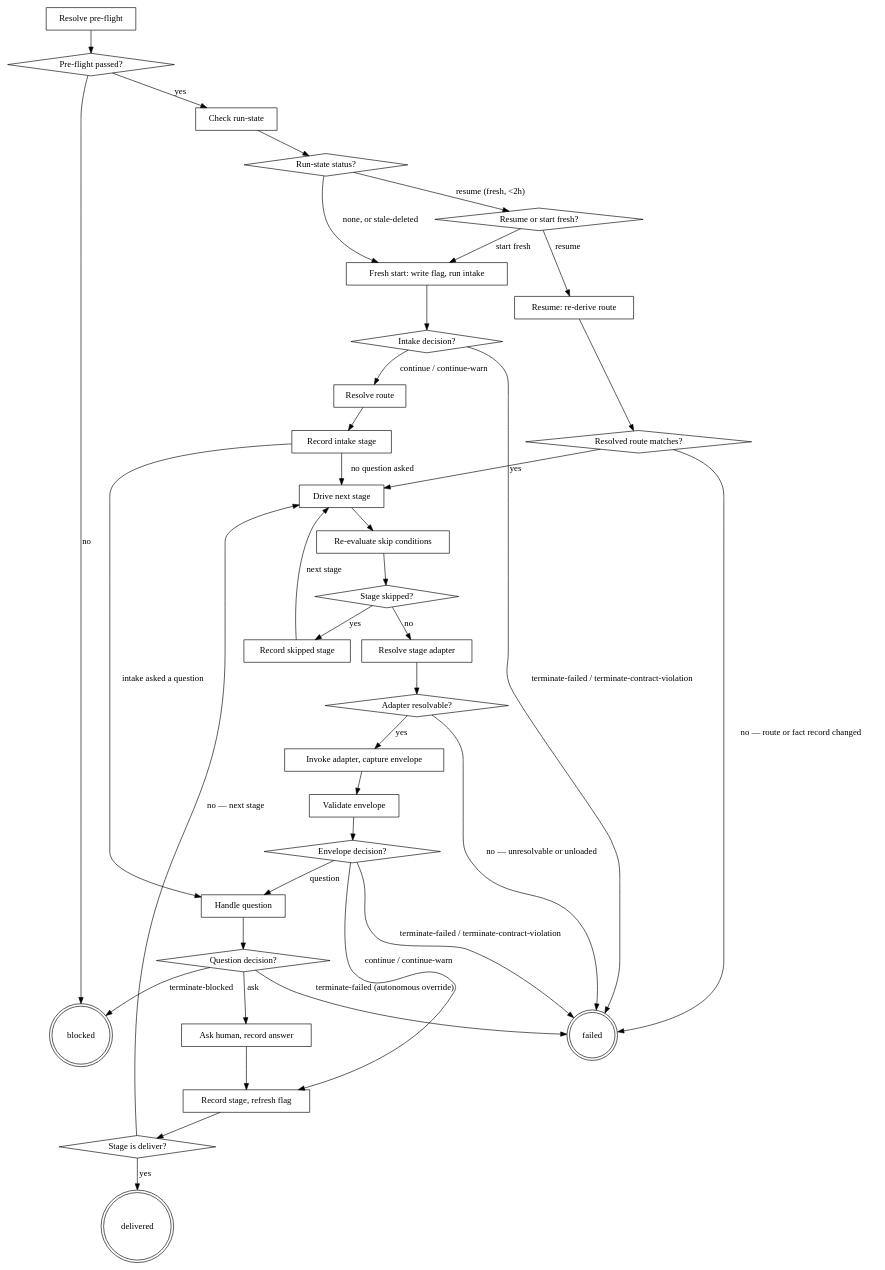
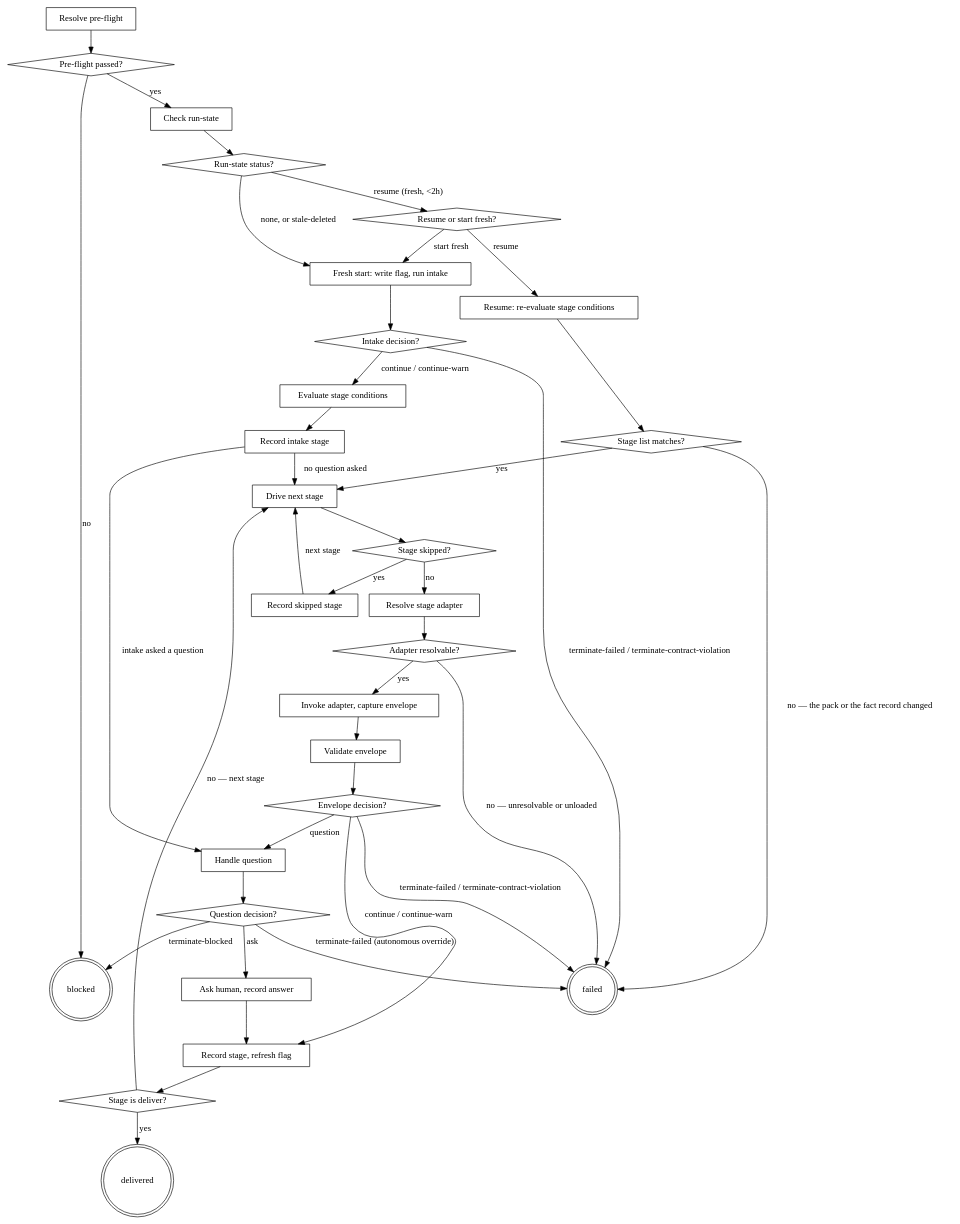
The diagram in plugins/agentic-core/skills/run-route/SKILL.md (agenticDraft/aem-eds-ai-workflow-demo), drawn with Graphviz before and after one commit. The commit also changed other lines of this file and 122 other files, not shown here.

````diff
--- a/plugins/agentic-core/skills/run-route/SKILL.md
+++ b/plugins/agentic-core/skills/run-route/SKILL.md
@@ -130,71 +137,69 @@
 ```dot
 digraph run_route {
     "Resolve pre-flight" [shape=box];
     "Pre-flight passed?" [shape=diamond];
     "Check run-state" [shape=box];
     "Run-state status?" [shape=diamond];
     "Resume or start fresh?" [shape=diamond];
     "Fresh start: write flag, run intake" [shape=box];
     "Intake decision?" [shape=diamond];
-    "Resolve route" [shape=box];
+    "Evaluate stage conditions" [shape=box];
     "Record intake stage" [shape=box];
-    "Resume: re-derive route" [shape=box];
-    "Resolved route matches?" [shape=diamond];
+    "Resume: re-evaluate stage conditions" [shape=box];
+    "Stage list matches?" [shape=diamond];
     "Drive next stage" [shape=box];
-    "Re-evaluate skip conditions" [shape=box];
     "Stage skipped?" [shape=diamond];
     "Record skipped stage" [shape=box];
     "Resolve stage adapter" [shape=box];
     "Adapter resolvable?" [shape=diamond];
     "Invoke adapter, capture envelope" [shape=box];
     "Validate envelope" [shape=box];
     "Envelope decision?" [shape=diamond];
     "Record stage, refresh flag" [shape=box];
     "Stage is deliver?" [shape=diamond];
     "Handle question" [shape=box];
     "Question decision?" [shape=diamond];
     "Ask human, record answer" [shape=box];
     "blocked" [shape=doublecircle];
     "failed" [shape=doublecircle];
     "delivered" [shape=doublecircle];
 
     "Resolve pre-flight" -> "Pre-flight passed?";
     "Pre-flight passed?" -> "blocked" [label="no"];
     "Pre-flight passed?" -> "Check run-state" [label="yes"];
     "Check run-state" -> "Run-state status?";
     "Run-state status?" -> "Resume or start fresh?" [label="resume (fresh, <2h)"];
     "Run-state status?" -> "Fresh start: write flag, run intake" [label="none, or stale-deleted"];
-    "Resume or start fresh?" -> "Resume: re-derive route" [label="resume"];
+    "Resume or start fresh?" -> "Resume: re-evaluate stage conditions" [label="resume"];
     "Resume or start fresh?" -> "Fresh start: write flag, run intake" [label="start fresh"];
     "Fresh start: write flag, run intake" -> "Intake decision?";
     "Intake decision?" -> "failed" [label="terminate-failed / terminate-contract-violation"];
-    "Intake decision?" -> "Resolve route" [label="continue / continue-warn"];
-    "Resolve route" -> "Record intake stage";
+    "Intake decision?" -> "Evaluate stage conditions" [label="continue / continue-warn"];
+    "Evaluate stage conditions" -> "Record intake stage";
     "Record intake stage" -> "Handle question" [label="intake asked a question"];
     "Record intake stage" -> "Drive next stage" [label="no question asked"];
-    "Resume: re-derive route" -> "Resolved route matches?";
-    "Resolved route matches?" -> "failed" [label="no — route or fact record changed"];
-    "Resolved route matches?" -> "Drive next stage" [label="yes"];
-    "Drive next stage" -> "Re-evaluate skip conditions";
-    "Re-evaluate skip conditions" -> "Stage skipped?";
+    "Resume: re-evaluate stage conditions" -> "Stage list matches?";
+    "Stage list matches?" -> "failed" [label="no — the pack or the fact record changed"];
+    "Stage list matches?" -> "Drive next stage" [label="yes"];
+    "Drive next stage" -> "Stage skipped?";
     "Stage skipped?" -> "Record skipped stage" [label="yes"];
     "Stage skipped?" -> "Resolve stage adapter" [label="no"];
     "Record skipped stage" -> "Drive next stage" [label="next stage"];
     "Resolve stage adapter" -> "Adapter resolvable?";
     "Adapter resolvable?" -> "failed" [label="no — unresolvable or unloaded"];
     "Adapter resolvable?" -> "Invoke adapter, capture envelope" [label="yes"];
     "Invoke adapter, capture envelope" -> "Validate envelope";
     "Validate envelope" -> "Envelope decision?";
     "Envelope decision?" -> "Record stage, refresh flag" [label="continue / continue-warn"];
     "Envelope decision?" -> "Handle question" [label="question"];
     "Envelope decision?" -> "failed" [label="terminate-failed / terminate-contract-violation"];
     "Record stage, refresh flag" -> "Stage is deliver?";
     "Stage is deliver?" -> "delivered" [label="yes"];
     "Stage is deliver?" -> "Drive next stage" [label="no — next stage"];
     "Handle question" -> "Question decision?";
     "Question decision?" -> "Ask human, record answer" [label="ask"];
     "Question decision?" -> "blocked" [label="terminate-blocked"];
     "Question decision?" -> "failed" [label="terminate-failed (autonomous override)"];
     "Ask human, record answer" -> "Record stage, refresh flag";
 }
 ```
````
